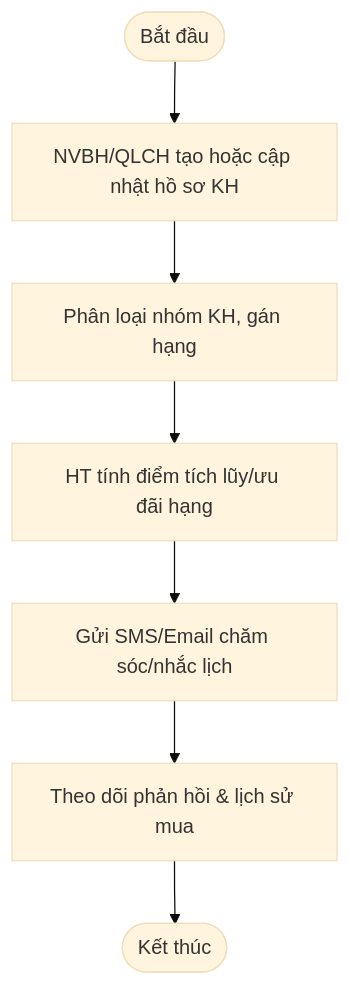
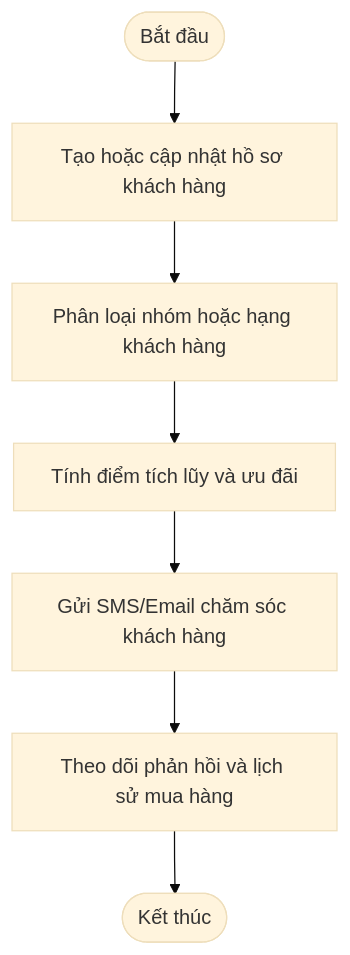
Before and after one commit to PhamThao05/Java_Example: the ninth of 12 diagrams in activity-diagrams-fashionland.md, drawn with Mermaid (base theme). The commit also changed other lines of this file, not shown here.

````diff
--- a/activity-diagrams-fashionland.md
+++ b/activity-diagrams-fashionland.md
@@ -179,9 +171,9 @@
 ```mermaid
 flowchart TD
-    A([Bắt đầu]) --> B[NVBH/QLCH tạo hoặc cập nhật hồ sơ KH]
-    B --> C[Phân loại nhóm KH, gán hạng]
-    C --> D[HT tính điểm tích lũy/ưu đãi hạng]
-    D --> E[Gửi SMS/Email chăm sóc/nhắc lịch]
-    E --> F[Theo dõi phản hồi & lịch sử mua]
+    A([Bắt đầu]) --> B[Tạo hoặc cập nhật hồ sơ khách hàng]
+    B --> C[Phân loại nhóm hoặc hạng khách hàng]
+    C --> D[Tính điểm tích lũy và ưu đãi]
+    D --> E[Gửi SMS/Email chăm sóc khách hàng]
+    E --> F[Theo dõi phản hồi và lịch sử mua hàng]
     F --> G([Kết thúc])
 ```
````
